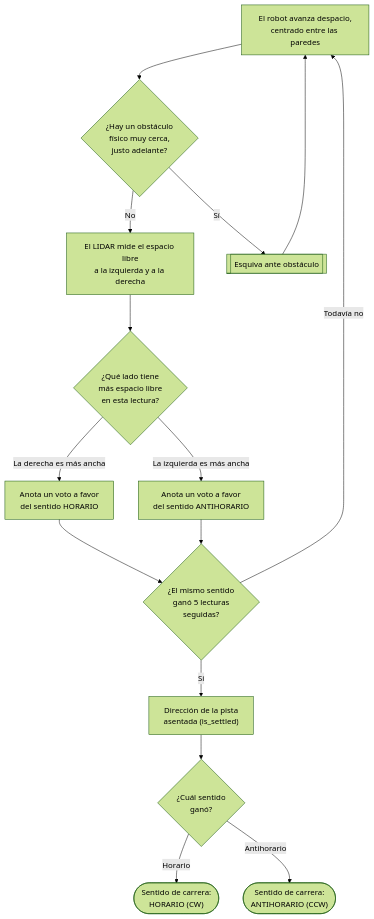
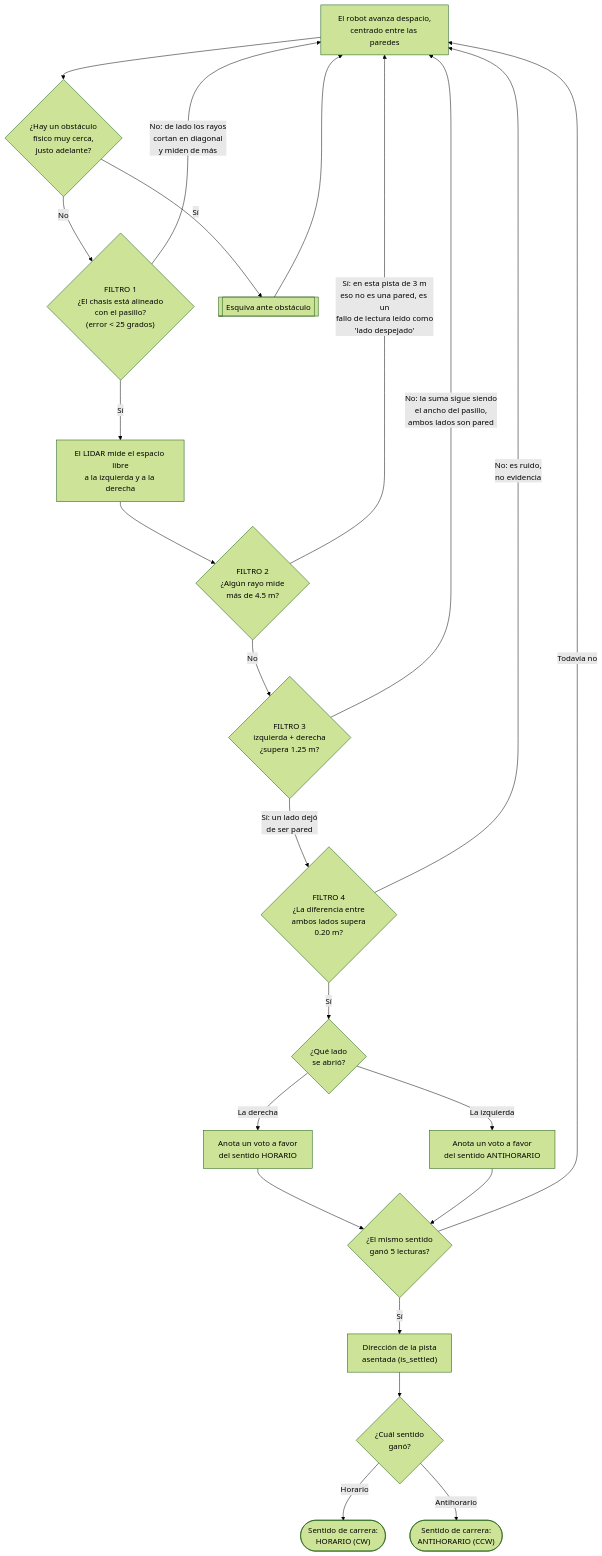
One commit to teamvoltimor/vtitan changed the diagram in docs/schemes/flowcharts/common/mermaid/inferencia-direccion.mmd. Above: the diagram before and after it, drawn with Mermaid (forest theme). The commit also changed 16 other files, not shown here.

```diff
--- a/docs/schemes/flowcharts/common/mermaid/inferencia-direccion.mmd
+++ b/docs/schemes/flowcharts/common/mermaid/inferencia-direccion.mmd
@@ -1,33 +1,57 @@
 %% Referencias de código (no se renderizan en el PNG, solo para mantenimiento futuro)
 %% Fuente: platform/robot/src/navigation/direction_estimator.py
-%%   DirectionEstimator.observe() -- registra un voto por lectura
-%%   DirectionEstimator.infer_direction() -- right > left => CLOCKWISE, si no => COUNTERCLOCKWISE
-%%   DirectionEstimator.is_settled -- se cumple cuando el mismo lado gana MIN_VOTES veces seguidas
-%% Constante: MIN_VOTES = 5 -- platform/shared/config/navigation/blind_nav/direction_estimator.toml
+%%   infer_direction() -- aplica los 4 filtros de abajo, en este mismo orden
+%%   DirectionEstimator.observe() -- registra un voto por lectura aceptada
+%%   DirectionEstimator.is_settled -- se cumple cuando el mismo lado gana MIN_VOTES veces
+%% Constantes: platform/shared/config/navigation/blind_nav/direction_estimator.toml
+%%   alignment_tolerance_rad   = 0.4363 (25 grados)
+%%   max_in_track_range_m      = 4.5
+%%   plausible_span_threshold_m= 1.25
+%%   min_asymmetry_m           = 0.20
+%%   min_votes                 = 5
 %% Avance ciego previo: platform/robot/src/navigation/corridor_follower.py (follow_corridor)
 %% Esquiva ante obstáculo (incluye la regla de color) -- detalle común en:
 %%   docs/schemes/flowcharts/common/mermaid/esquiva-generica.mmd
 %% Común a Open Challenge y Obstacle Challenge -- ambos arrancan en modo ciego
 %% y usan exactamente esta misma lógica para decidir el sentido de la vuelta.
+%% NOTA: la decisión NO es "cuál lado está más lejos" sino "cuál lado dejó de
+%% ser pared", medido sobre la SUMA de ambos rayos. Ver el filtro 3.
 
 flowchart TD
     A["El robot avanza despacio,<br/>centrado entre las paredes"] --> Block{"¿Hay un obstáculo<br/>físico muy cerca,<br/>justo adelante?"}
 
-    Block -- "No" --> B
+    Block -- "No" --> G1
     Block -- "Sí" --> Avoid[["Esquiva ante obstáculo"]]
     Avoid --> A
 
-    B["El LIDAR mide el espacio libre<br/>a la izquierda y a la derecha"] --> C{"¿Qué lado tiene<br/>más espacio libre<br/>en esta lectura?"}
+    G1{"FILTRO 1<br/>¿El chasis está alineado<br/>con el pasillo?<br/>(error &lt; 25 grados)"}
+    G1 -- "No: de lado los rayos<br/>cortan en diagonal<br/>y miden de más" --> A
+    G1 -- "Sí" --> M
 
-    C -- "La derecha es más ancha" --> D["Anota un voto a favor<br/>del sentido HORARIO"]
-    C -- "La izquierda es más ancha" --> E["Anota un voto a favor<br/>del sentido ANTIHORARIO"]
+    M["El LIDAR mide el espacio libre<br/>a la izquierda y a la derecha"] --> G2
 
-    D --> F{"¿El mismo sentido<br/>ganó 5 lecturas<br/>seguidas?"}
+    G2{"FILTRO 2<br/>¿Algún rayo mide<br/>más de 4.5 m?"}
+    G2 -- "Sí: en esta pista de 3 m<br/>eso no es una pared, es un<br/>fallo de lectura leído como<br/>'lado despejado'" --> A
+    G2 -- "No" --> G3
+
+    G3{"FILTRO 3<br/>izquierda + derecha<br/>¿supera 1.25 m?"}
+    G3 -- "No: la suma sigue siendo<br/>el ancho del pasillo,<br/>ambos lados son pared" --> A
+    G3 -- "Sí: un lado dejó<br/>de ser pared" --> G4
+
+    G4{"FILTRO 4<br/>¿La diferencia entre<br/>ambos lados supera<br/>0.20 m?"}
+    G4 -- "No: es ruido,<br/>no evidencia" --> A
+    G4 -- "Sí" --> C
+
+    C{"¿Qué lado<br/>se abrió?"}
+    C -- "La derecha" --> D["Anota un voto a favor<br/>del sentido HORARIO"]
+    C -- "La izquierda" --> E["Anota un voto a favor<br/>del sentido ANTIHORARIO"]
+
+    D --> F{"¿El mismo sentido<br/>ganó 5 lecturas?"}
     E --> F
 
     F -- "Todavía no" --> A
     F -- "Sí" --> G["Dirección de la pista<br/>asentada (is_settled)"]
 
     G --> H{"¿Cuál sentido<br/>ganó?"}
     H -- "Horario" --> I(["Sentido de carrera:<br/>HORARIO (CW)"])
     H -- "Antihorario" --> J(["Sentido de carrera:<br/>ANTIHORARIO (CCW)"])
```
